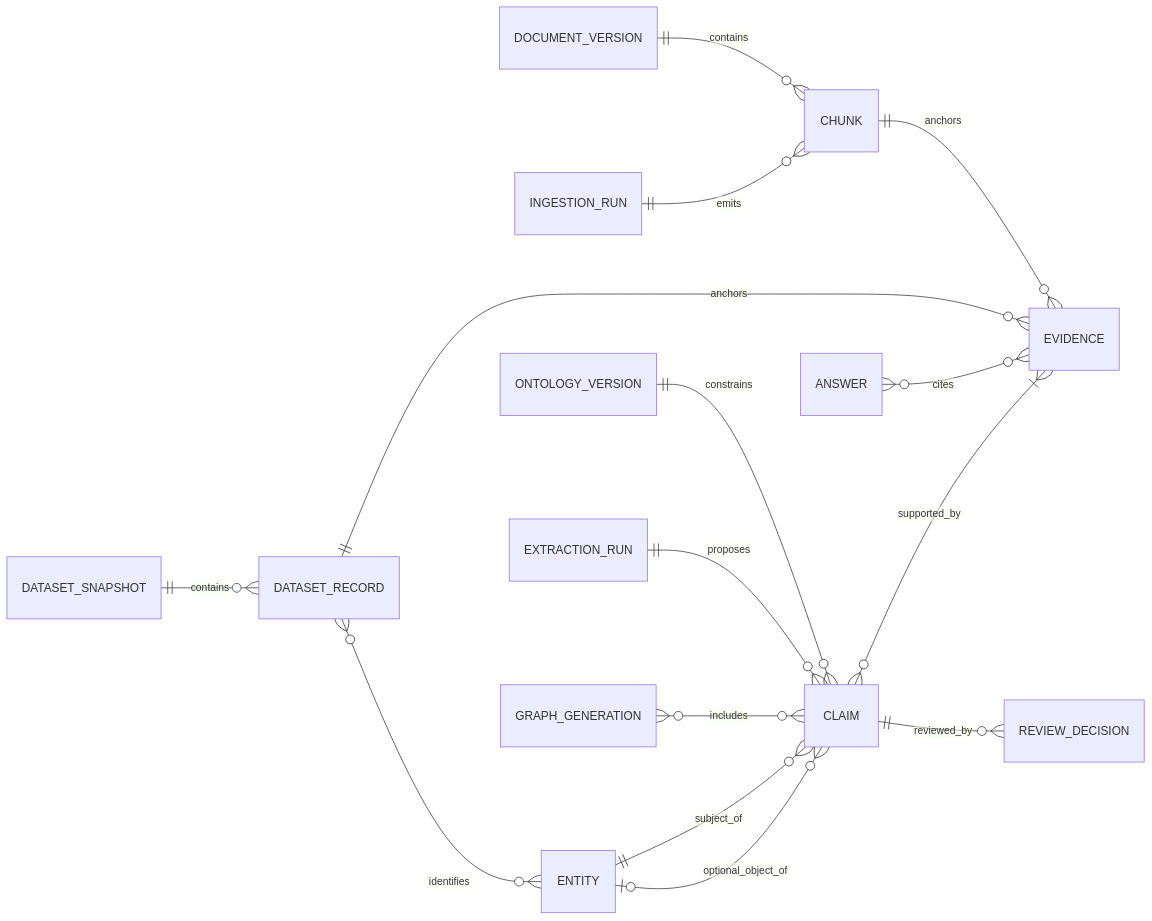
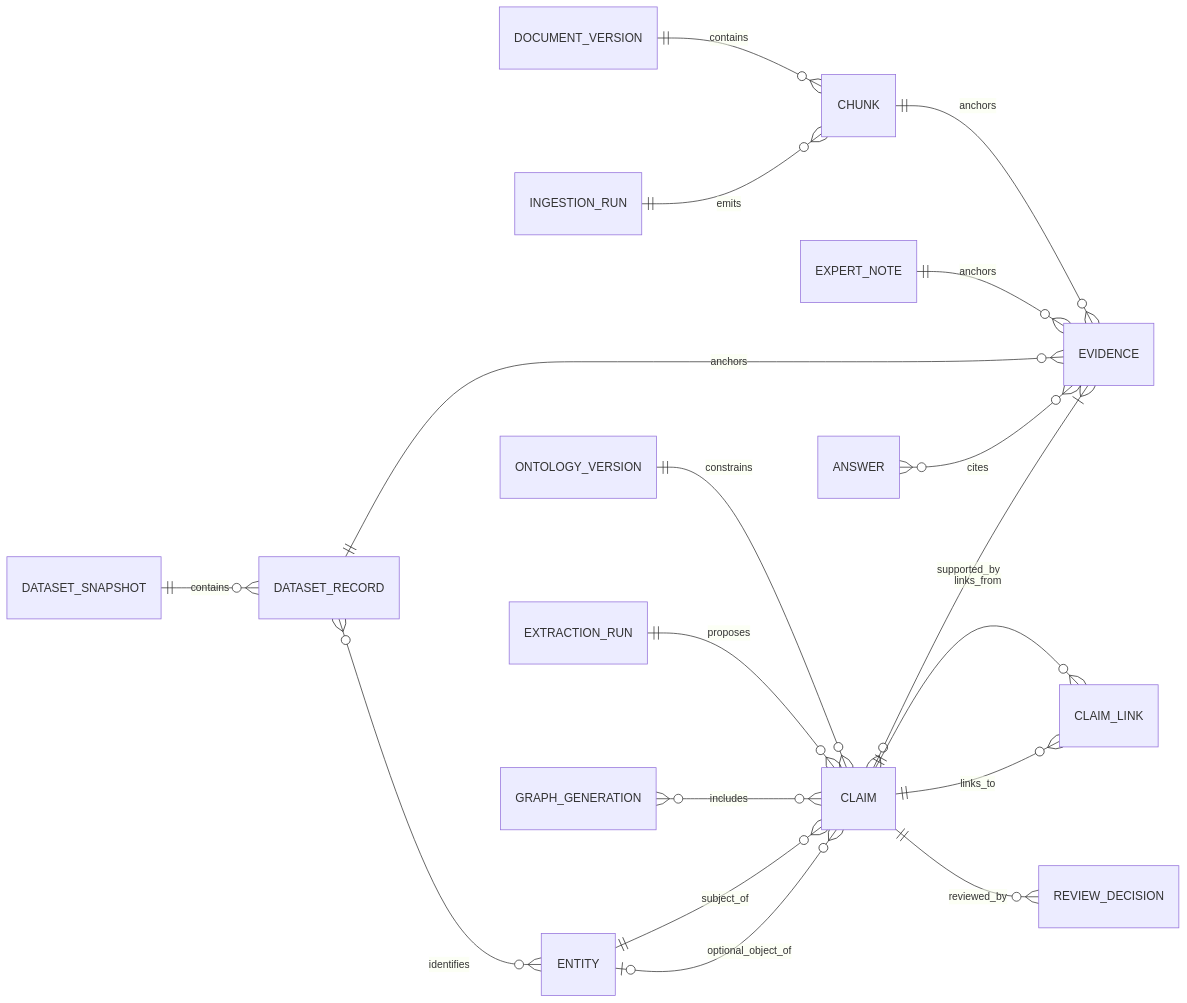
One commit to thaitri2005/Secure-O-G-LLM-and-Knowledge-Graph changed the fifth of 7 diagrams in docs/PROJECT_DESIGN.md. Above: the diagram before and after it, drawn with Mermaid. The commit also changed other lines of this file and 28 other files, not shown here.

````diff
--- a/docs/PROJECT_DESIGN.md
+++ b/docs/PROJECT_DESIGN.md
@@ -421,18 +546,21 @@
 ```mermaid
 erDiagram
     direction LR
     DOCUMENT_VERSION ||--o{ CHUNK : contains
     INGESTION_RUN ||--o{ CHUNK : emits
     DATASET_SNAPSHOT ||--o{ DATASET_RECORD : contains
     CHUNK ||--o{ EVIDENCE : anchors
     DATASET_RECORD ||--o{ EVIDENCE : anchors
+    EXPERT_NOTE ||--o{ EVIDENCE : anchors
     DATASET_RECORD }o--o{ ENTITY : identifies
     ENTITY ||--o{ CLAIM : subject_of
     ENTITY o|--o{ CLAIM : optional_object_of
     CLAIM }o--|{ EVIDENCE : supported_by
+    CLAIM ||--o{ CLAIM_LINK : links_from
+    CLAIM ||--o{ CLAIM_LINK : links_to
     ONTOLOGY_VERSION ||--o{ CLAIM : constrains
     EXTRACTION_RUN ||--o{ CLAIM : proposes
     CLAIM ||--o{ REVIEW_DECISION : reviewed_by
     GRAPH_GENERATION }o--o{ CLAIM : includes
     ANSWER }o--o{ EVIDENCE : cites
 ```
````
